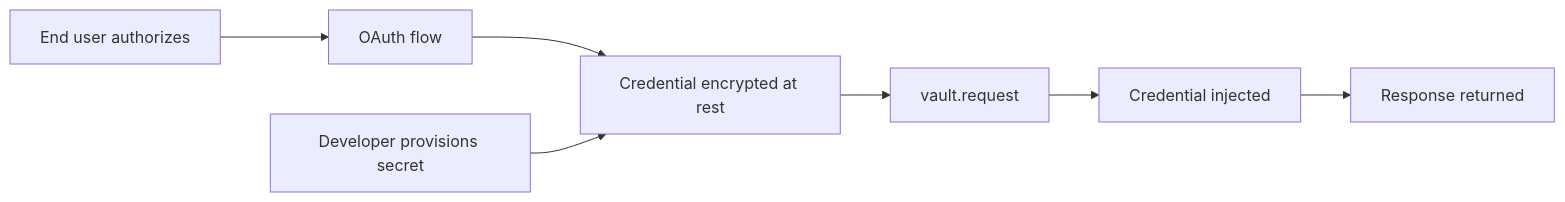
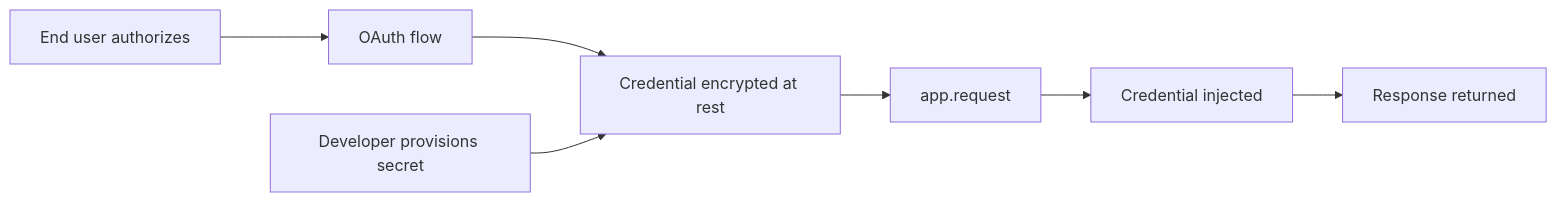
One commit to AlterAIDev/docs changed the diagram in reference/architecture.mdx. Above: the diagram before and after it, drawn with Mermaid. The commit also changed other lines of this file and 39 other files, not shown here.

````diff
--- a/reference/architecture.mdx
+++ b/reference/architecture.mdx
@@ -17,9 +17,9 @@
 ```mermaid
 graph LR
     A1[End user authorizes] --> B1[OAuth flow]
     B1 --> C[Credential encrypted at rest]
     A2[Developer provisions secret] --> C
-    C --> D[vault.request]
+    C --> D[app.request]
     D --> E[Credential injected]
     E --> F[Response returned]
 ```
````
